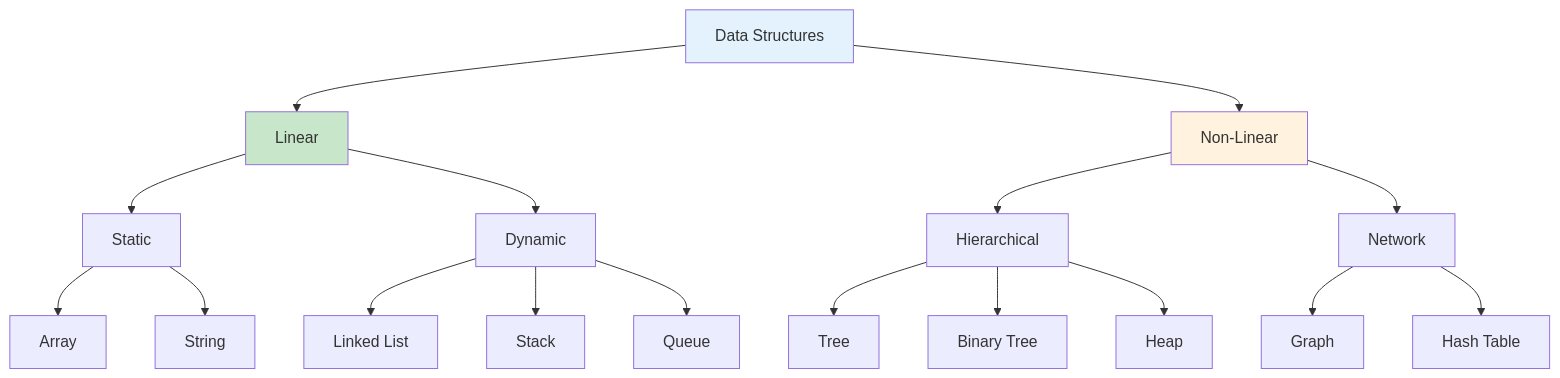
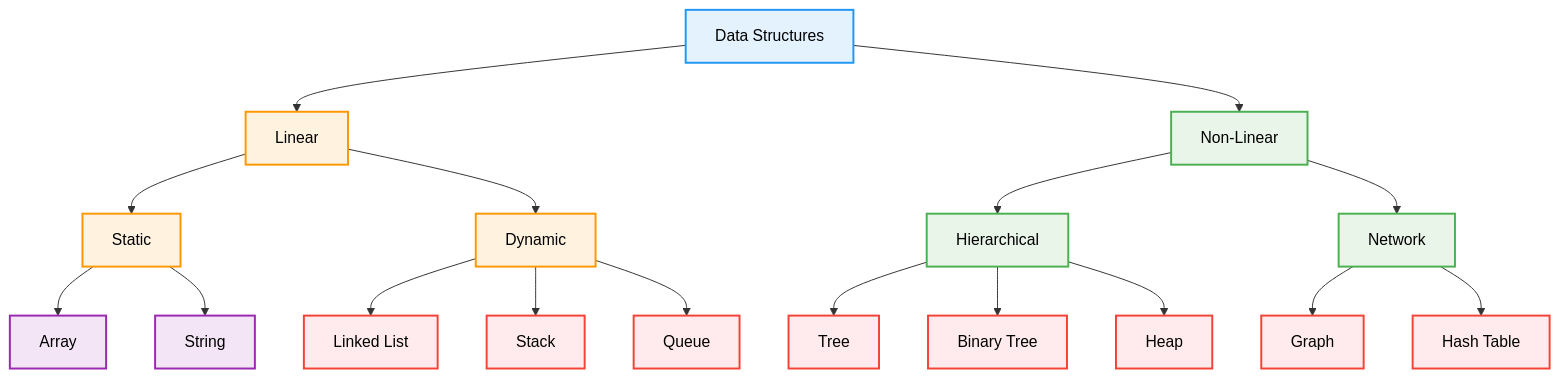
Before and after one commit to AbhishekGiri04/CodeVault: the second of 8 diagrams in concepts/fundamentals.md, drawn with Mermaid. The commit also changed other lines of this file, not shown here.

Commit message:
Fix Algorithm Categories Mermaid diagram syntax

````diff
--- a/concepts/fundamentals.md
+++ b/concepts/fundamentals.md
@@ -99,29 +106,37 @@
 ```mermaid
 flowchart TD
     A["Data Structures"] --> B["Linear"]
     A --> C["Non-Linear"]
     
     B --> D["Static"]
     B --> E["Dynamic"]
     
     C --> F["Hierarchical"]
     C --> G["Network"]
     
     D --> H["Array"]
     D --> I["String"]
     
     E --> J["Linked List"]
     E --> K["Stack"]
     E --> L["Queue"]
     
     F --> M["Tree"]
     F --> N["Binary Tree"]
     F --> O["Heap"]
     
     G --> P["Graph"]
     G --> Q["Hash Table"]
     
-    style A fill:#e3f2fd
-    style B fill:#c8e6c9
-    style C fill:#fff3e0
+    classDef default fill:#f9f9f9,stroke:#333,stroke-width:2px,color:#000
+    classDef main fill:#e3f2fd,stroke:#2196f3,stroke-width:2px,color:#000
+    classDef linear fill:#fff3e0,stroke:#ff9800,stroke-width:2px,color:#000
+    classDef nonlinear fill:#e8f5e8,stroke:#4caf50,stroke-width:2px,color:#000
+    classDef static fill:#f3e5f5,stroke:#9c27b0,stroke-width:2px,color:#000
+    classDef dynamic fill:#ffebee,stroke:#f44336,stroke-width:2px,color:#000
+    class A main
+    class B,D,E linear
+    class C,F,G nonlinear
+    class H,I static
+    class J,K,L,M,N,O,P,Q dynamic
 ```
````
